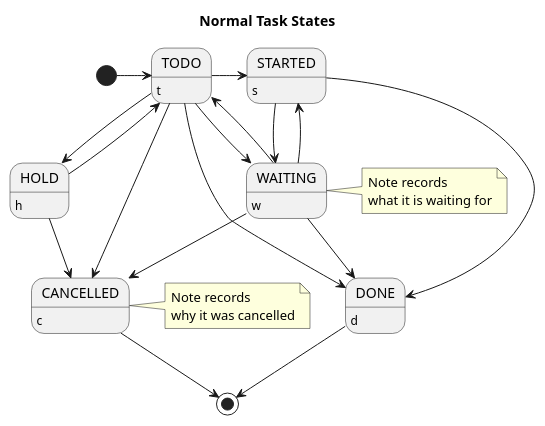
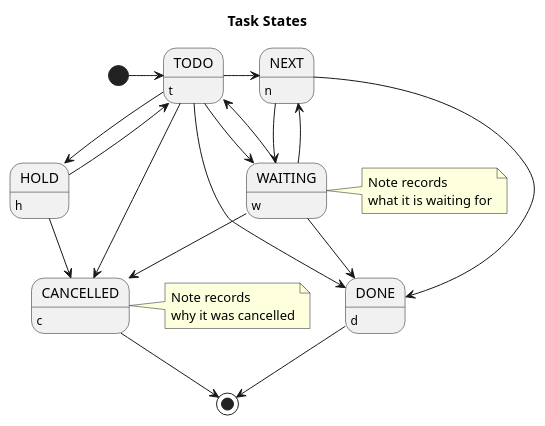
The first of 8 diagrams in org-mode.org (byronsanchez/org-mode-doc), drawn with PlantUML before and after one commit. The commit also changed other lines of this file, not shown here.

First line of the commit message:
Drop STARTED keyword - clock into NEXT again, Do not prompt for notes leaving WAITING status

```diff
--- a/org-mode.org
+++ b/org-mode.org
@@ -419,27 +418,27 @@
 #+begin_src plantuml :file normal_task_states.png
-  title Normal Task States
+  title Task States
   [*] -> TODO
-  TODO -> STARTED
+  TODO -> NEXT
   TODO -> DONE
-  STARTED -> DONE
+  NEXT -> DONE
   DONE -> [*]
   TODO --> WAITING
   WAITING --> TODO
-  STARTED --> WAITING
-  WAITING --> STARTED
+  NEXT --> WAITING
+  WAITING --> NEXT
   HOLD --> CANCELLED
   WAITING --> CANCELLED
   CANCELLED --> [*]
   TODO --> HOLD
   HOLD --> TODO
   TODO --> CANCELLED
   TODO: t
-  STARTED: s
+  NEXT: n
   DONE: d
   WAITING:w
   note right of WAITING: Note records\nwhat it is waiting for
   HOLD:h
   note right of CANCELLED: Note records\nwhy it was cancelled
   CANCELLED:c
   WAITING --> DONE
 #+end_src
```
